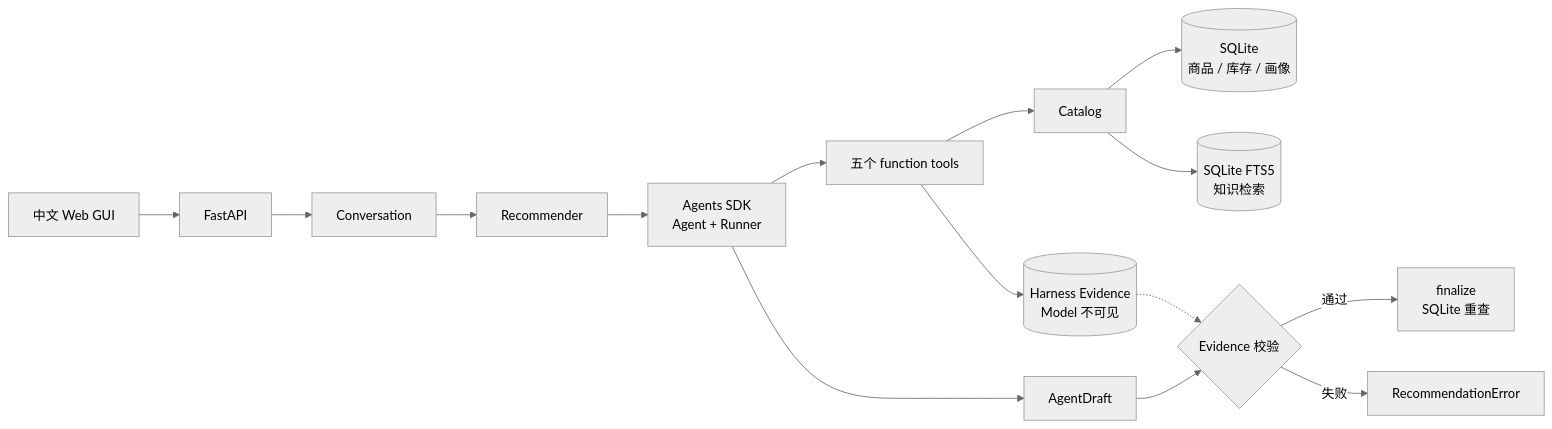
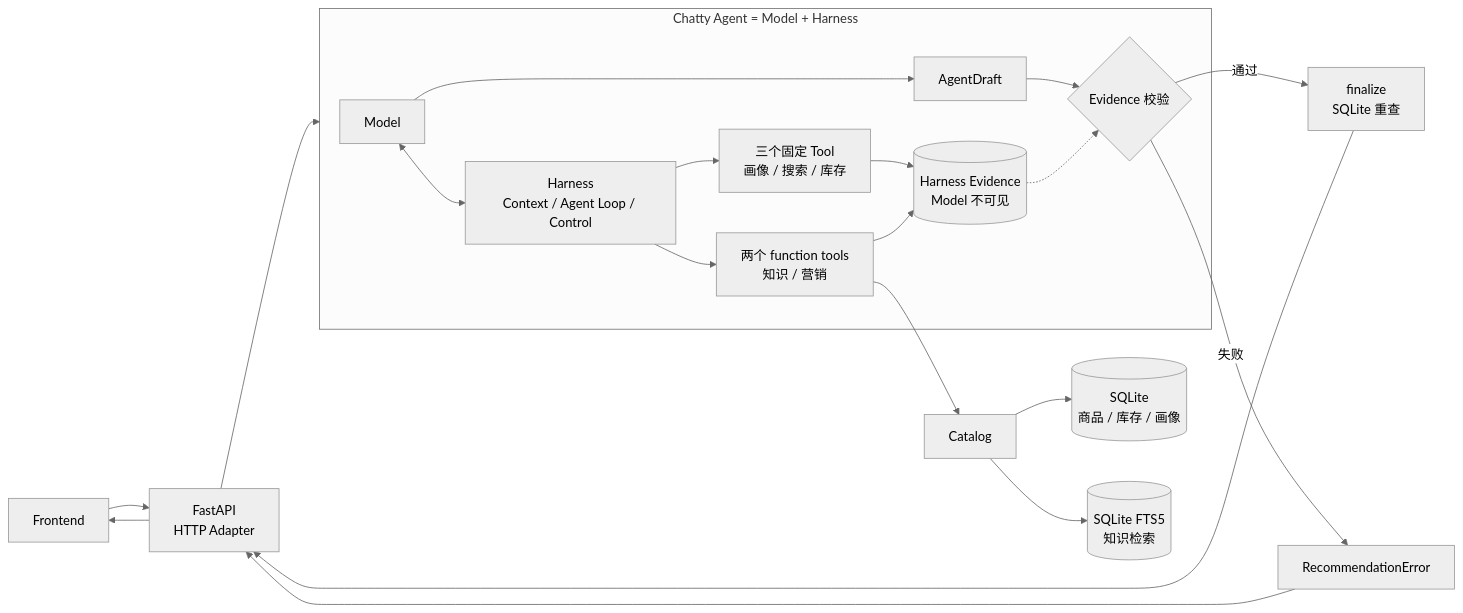
Before and after one commit to ImWenyaoT/chatty: the diagram in docs/chatty-book/chapter1.md, drawn with Mermaid (neutral theme). The commit also changed other lines of this file and 48 other files, not shown here.

Commit message:
finalize Chatty agent demo (#54)

````diff
--- a/docs/chatty-book/chapter1.md
+++ b/docs/chatty-book/chapter1.md
@@ -15,17 +17,23 @@
 ```mermaid
 flowchart LR
-    UI["中文 Web GUI"] --> API["FastAPI"]
-    API --> C["Conversation"]
-    C --> R["Recommender"]
-    R --> SDK["Agents SDK<br/>Agent + Runner"]
-    SDK --> T["五个 function tools"]
-    T --> E[("Harness Evidence<br/>Model 不可见")]
+    UI["Frontend"] --> API["FastAPI<br/>HTTP Adapter"]
+    API --> A
+    subgraph A["Chatty Agent = Model + Harness"]
+        M["Model"] <--> H["Harness<br/>Context / Agent Loop / Control"]
+        H --> F["三个固定 Tool<br/>画像 / 搜索 / 库存"]
+        H --> T["两个 function tools<br/>知识 / 营销"]
+        F --> E
+        T --> E[("Harness Evidence<br/>Model 不可见")]
+        M --> D["AgentDraft"]
+        D --> V{"Evidence 校验"}
+        E -.-> V
+    end
     T --> CAT["Catalog"]
     CAT --> DB[("SQLite<br/>商品 / 库存 / 画像")]
     CAT --> FTS[("SQLite FTS5<br/>知识检索")]
-    SDK --> D["AgentDraft"]
-    D --> V{"Evidence 校验"}
-    E -.-> V
     V -->|"通过"| FIN["finalize<br/>SQLite 重查"]
     V -->|"失败"| ERR["RecommendationError"]
+    FIN --> API
+    ERR --> API
+    API --> UI
 ```
````
